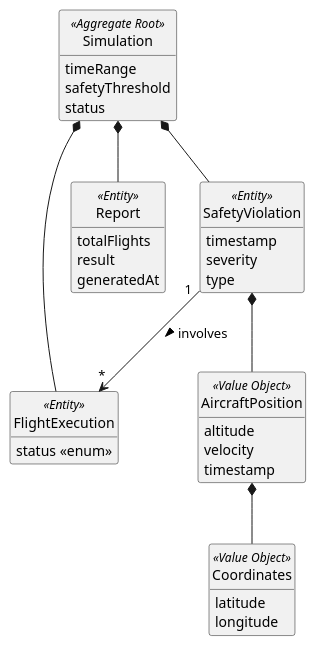
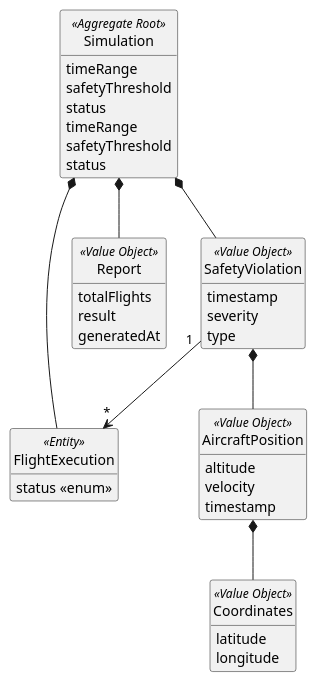
The diagram in docs/global-artifacts/02.analysis/puml/Aggregates/SimulationAggregateDM.puml (GustavoFerreira24/flight-management-platform), drawn with PlantUML before and after one commit. The commit also changed 6 other files, not shown here.

```diff
--- a/docs/global-artifacts/02.analysis/puml/Aggregates/SimulationAggregateDM.puml
+++ b/docs/global-artifacts/02.analysis/puml/Aggregates/SimulationAggregateDM.puml
@@ -1,56 +1,61 @@
 @startuml
 skinparam monochrome true
 skinparam packageStyle rectangle
 skinparam shadowing false
 skinparam classAttributeIconSize 0
 hide circle
 hide methods
 
 class Simulation <<Aggregate Root>> {
     timeRange
     safetyThreshold
     status
 }
 
-class FlightExecution <<Entity>> {
-    status <<enum>>
-}
+class Simulation <<Aggregate Root>> {
+        timeRange
+        safetyThreshold
+        status
+    }
 
-class Report <<Entity>> {
-    totalFlights
-    result
-    generatedAt
-}
+    class FlightExecution <<Entity>> {
+        status <<enum>>
+    }
 
-class SafetyViolation <<Entity>> {
-    timestamp
-    severity
-    type
-}
+    class Report <<Value Object>> {
+        totalFlights
+        result
+        generatedAt
+    }
 
-class AircraftPosition <<Value Object>> {
-    altitude
-    velocity
-    timestamp
-}
+    class SafetyViolation <<Value Object>> {
+        timestamp
+        severity
+        type
+    }
 
-class Coordinates <<Value Object>> {
-    latitude
-    longitude
-}
+    class AircraftPosition <<Value Object>> {
+        altitude
+        velocity
+        timestamp
+    }
+    class Coordinates <<Value Object>> {
+        latitude
+        longitude
+    }
 
 ' Mudança para Composição: Tudo isto faz parte do ciclo de vida da Simulação
 Simulation *-- Report
 Simulation *-- SafetyViolation
 Simulation *-- FlightExecution
 
 ' Uma violação guarda as posições onde ocorreu (Composição)
 SafetyViolation *-- AircraftPosition
 
 ' A posição é definida por coordenadas (Composição)
 AircraftPosition *-- Coordinates
 
 ' Associação Simples: A violação APENAS REFERENCIA quais execuções de voo estiveram envolvidas
-SafetyViolation "1" --> "*" FlightExecution : involves >
+SafetyViolation "1" --> "*" FlightExecution
 
 @enduml
```
